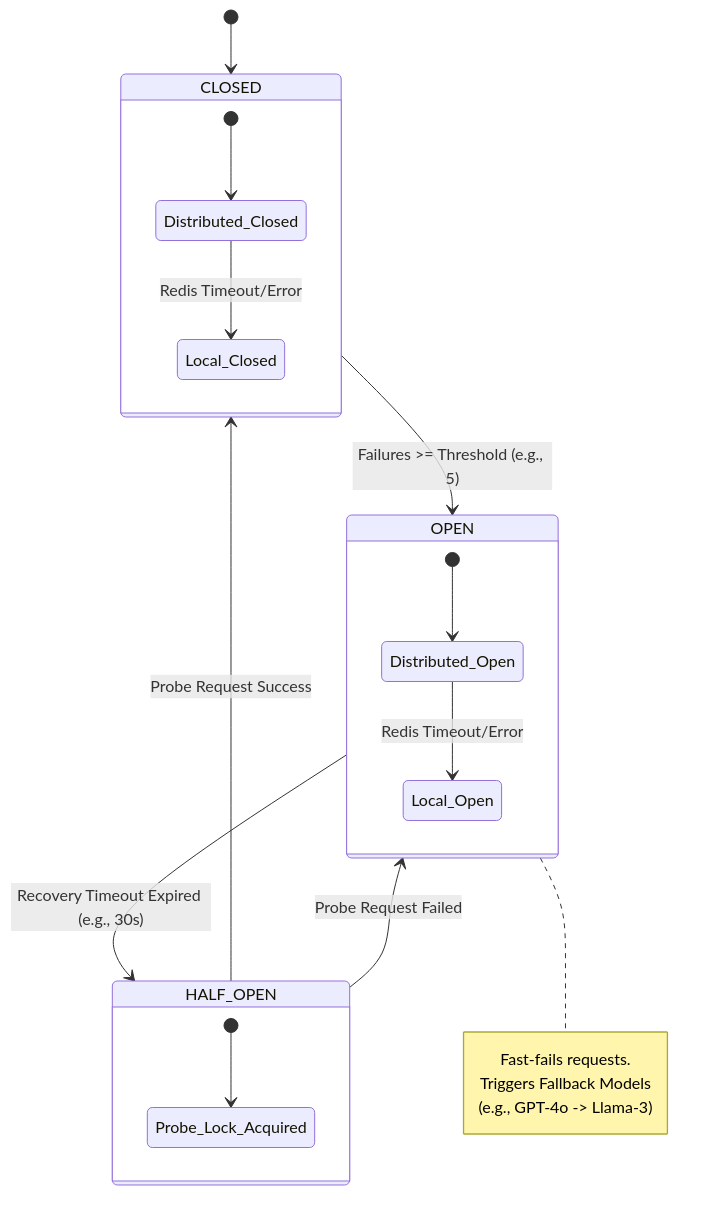
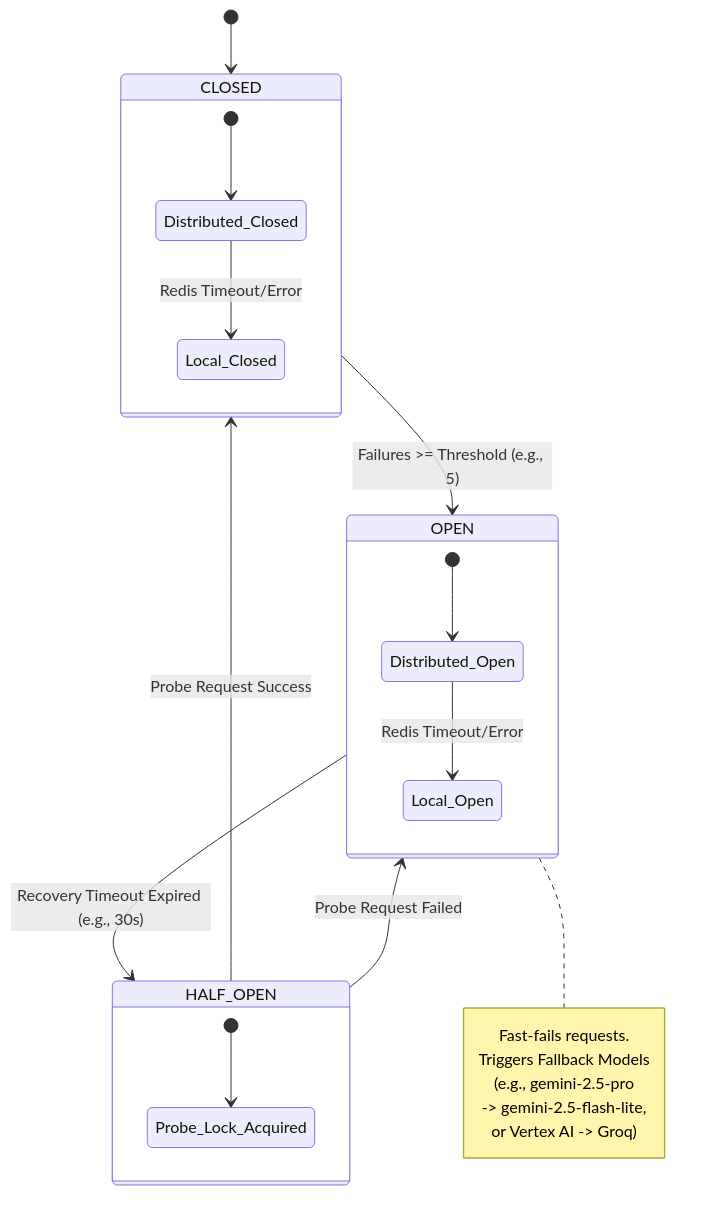
The diagram in docs/diagrams/core/circuit_breaker_state.md (JMMAILabs/frugal-fortress-architecture), drawn with Mermaid before and after one commit. The commit also changed 33 other files, not shown here.

````diff
--- a/docs/diagrams/core/circuit_breaker_state.md
+++ b/docs/diagrams/core/circuit_breaker_state.md
@@ -4,30 +4,32 @@
 ```mermaid
 stateDiagram-v2
     [*] --> CLOSED
 
     state CLOSED {
         [*] --> Distributed_Closed
         Distributed_Closed --> Local_Closed : Redis Timeout/Error
     }
 
     state OPEN {
         [*] --> Distributed_Open
         Distributed_Open --> Local_Open : Redis Timeout/Error
     }
 
     state HALF_OPEN {
         [*] --> Probe_Lock_Acquired
     }
 
     CLOSED --> OPEN : Failures >= Threshold (e.g., 5)
     OPEN --> HALF_OPEN : Recovery Timeout Expired (e.g., 30s)
 
     HALF_OPEN --> CLOSED : Probe Request Success
     HALF_OPEN --> OPEN : Probe Request Failed
 
     Note right of OPEN
         Fast-fails requests.
         Triggers Fallback Models
-        (e.g., GPT-4o -> Llama-3)
+        (e.g., gemini-2.5-pro
+        -> gemini-2.5-flash-lite,
+        or Vertex AI -> Groq)
     end note
 ```
````
